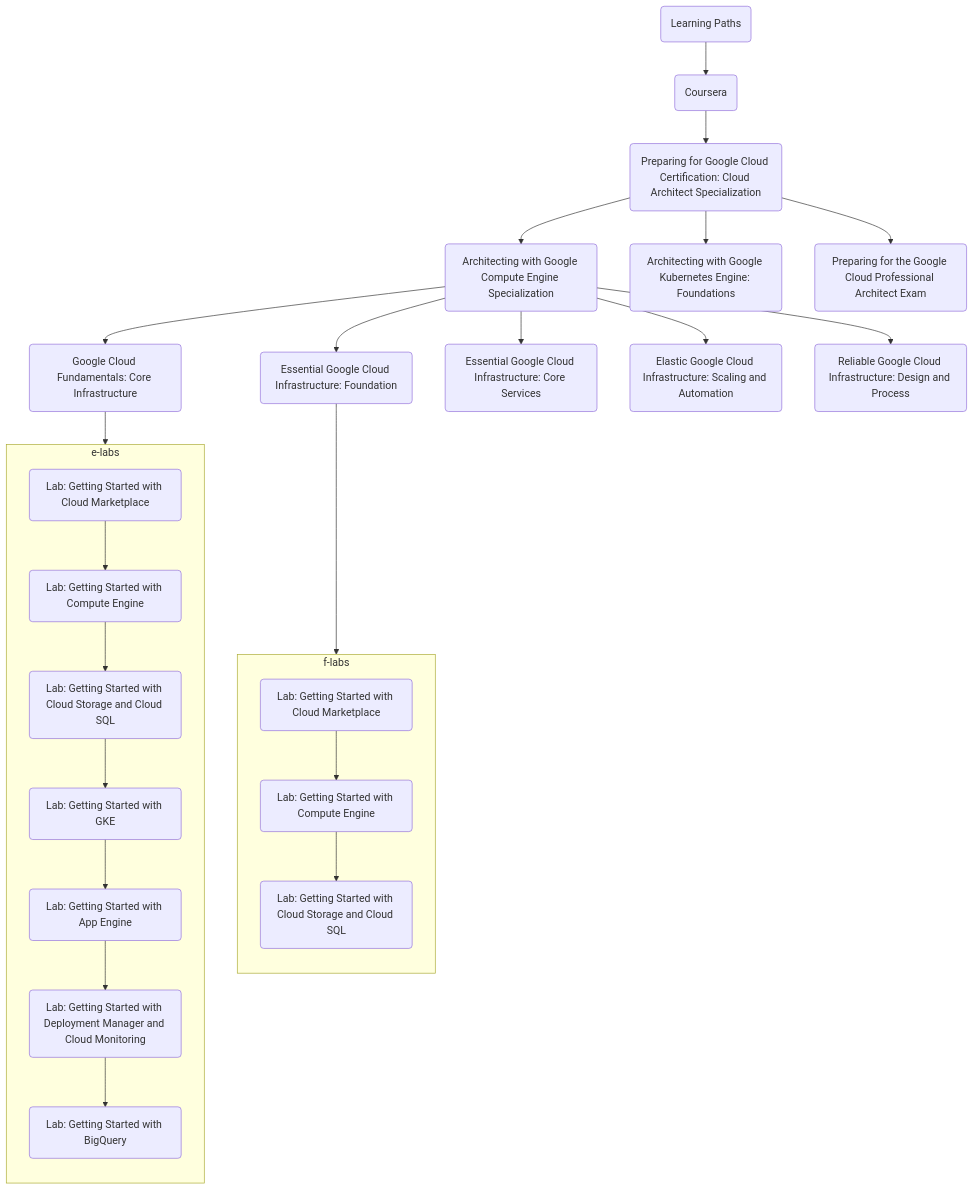
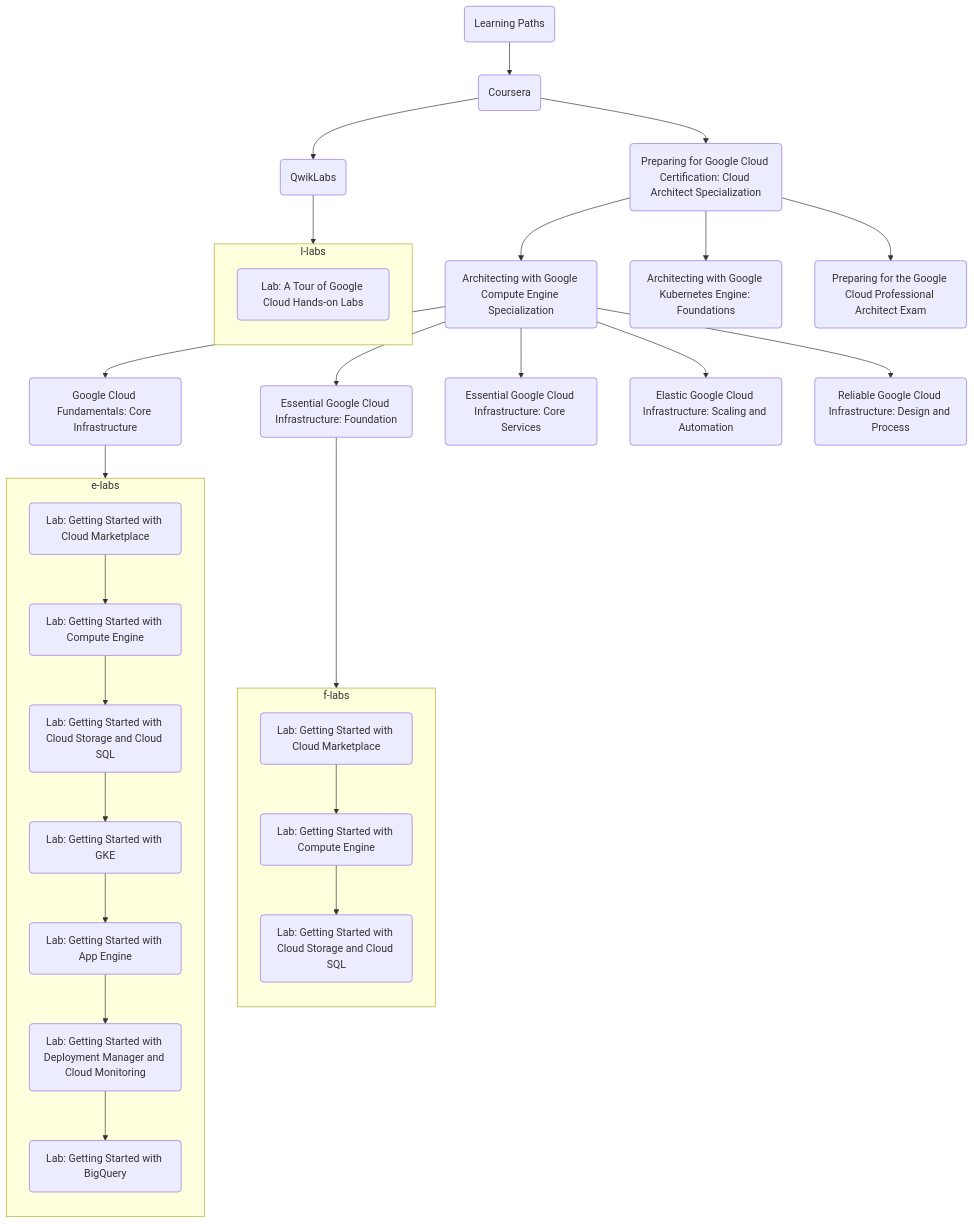
Before and after one commit to apnex/mermaid-api: the diagram in examples/labs4.mmd, drawn with Mermaid.

```diff
--- a/examples/labs4.mmd
+++ b/examples/labs4.mmd
@@ -1,35 +1,42 @@
 flowchart TB
 	classDef anode fill:#00ff00,stroke:#333,stroke-width:4px,height:50px,width:600px;
 
 	A(Learning Paths) --> B(Coursera)
 	B --> C(Preparing for Google Cloud Certification: Cloud Architect Specialization)
 	C --> D(Architecting with Google Compute Engine Specialization)
 	D --> E(Google Cloud Fundamentals: Core Infrastructure)
 	D --> F(Essential Google Cloud Infrastructure: Foundation)
 	D --> G(Essential Google Cloud Infrastructure: Core Services)
 	D --> H(Elastic Google Cloud Infrastructure: Scaling and Automation)
 	D --> I(Reliable Google Cloud Infrastructure: Design and Process)
 	C --> J(Architecting with Google Kubernetes Engine: Foundations)
 	C --> K(Preparing for the Google Cloud Professional Architect Exam)
+	B --> L(QwikLabs)
+
+	subgraph l-labs
+	        direction TB
+		L1(Lab: A Tour of Google Cloud Hands-on Labs)
+	end
+	L --> l-labs
 
 	subgraph f-labs
 	        direction TB
 		F1(Lab: Getting Started with Cloud Marketplace)
 		F2(Lab: Getting Started with Compute Engine)
 		F3(Lab: Getting Started with Cloud Storage and Cloud SQL)
 	        F1 --> F2 --> F3
 	end
 	F --> f-labs
 
 	subgraph e-labs
 	        direction TB
 		E1(Lab: Getting Started with Cloud Marketplace)
 		E2(Lab: Getting Started with Compute Engine)
 		E3(Lab: Getting Started with Cloud Storage and Cloud SQL)
 		E4(Lab: Getting Started with GKE)
 		E5(Lab: Getting Started with App Engine)
 		E6(Lab: Getting Started with Deployment Manager and Cloud Monitoring)
 		E7(Lab: Getting Started with BigQuery)
 	        E1 --> E2 --> E3 --> E4 --> E5 --> E6 --> E7
 	end
 	E --> e-labs
```
